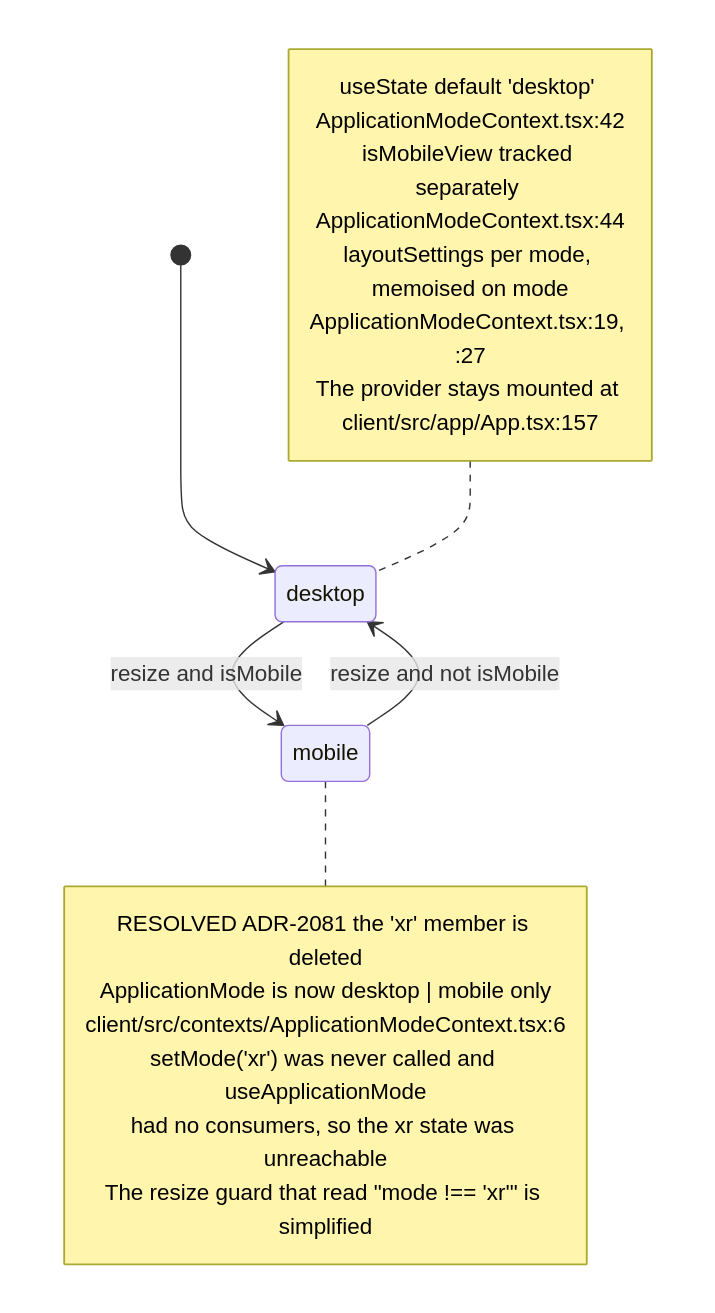
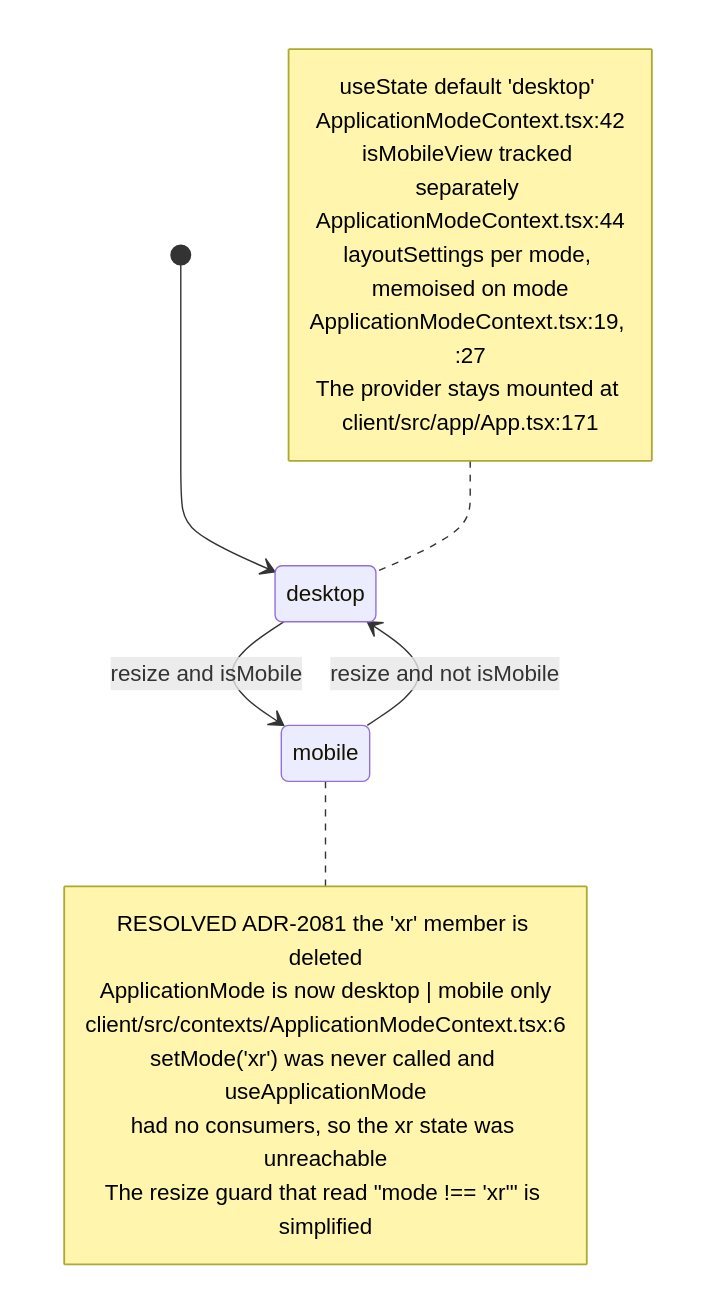
One commit to DreamLab-AI/VisionFlow changed the third of 10 diagrams in docs/diagrams/visionclaw/37-browser-xr-and-desktop-input.md. Above: the diagram before and after it, drawn with Mermaid. The commit also changed other lines of this file and 160 other files, not shown here.

````diff
--- a/docs/diagrams/visionclaw/37-browser-xr-and-desktop-input.md
+++ b/docs/diagrams/visionclaw/37-browser-xr-and-desktop-input.md
@@ -111,21 +111,21 @@
 ```mermaid
 stateDiagram-v2
     [*] --> desktop
     desktop --> mobile: resize and isMobile
     mobile --> desktop: resize and not isMobile
     note right of mobile
         RESOLVED ADR-2081 the 'xr' member is deleted
         ApplicationMode is now desktop | mobile only
         client/src/contexts/ApplicationModeContext.tsx:6
         setMode('xr') was never called and useApplicationMode
         had no consumers, so the xr state was unreachable
         The resize guard that read "mode !== 'xr'" is simplified
     end note
     note left of desktop
         useState default 'desktop' ApplicationModeContext.tsx:42
         isMobileView tracked separately ApplicationModeContext.tsx:44
         layoutSettings per mode, memoised on mode
         ApplicationModeContext.tsx:19, :27
-        The provider stays mounted at client/src/app/App.tsx:157
+        The provider stays mounted at client/src/app/App.tsx:171
     end note
 ```
````
